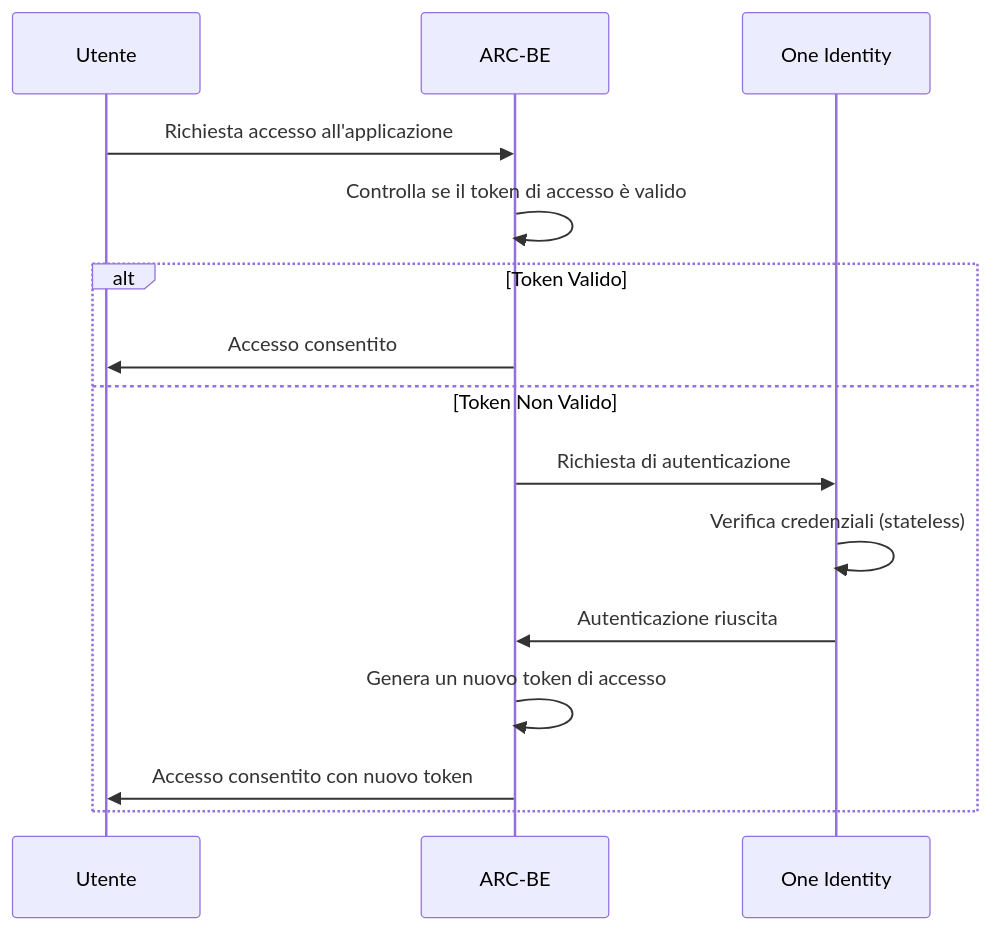
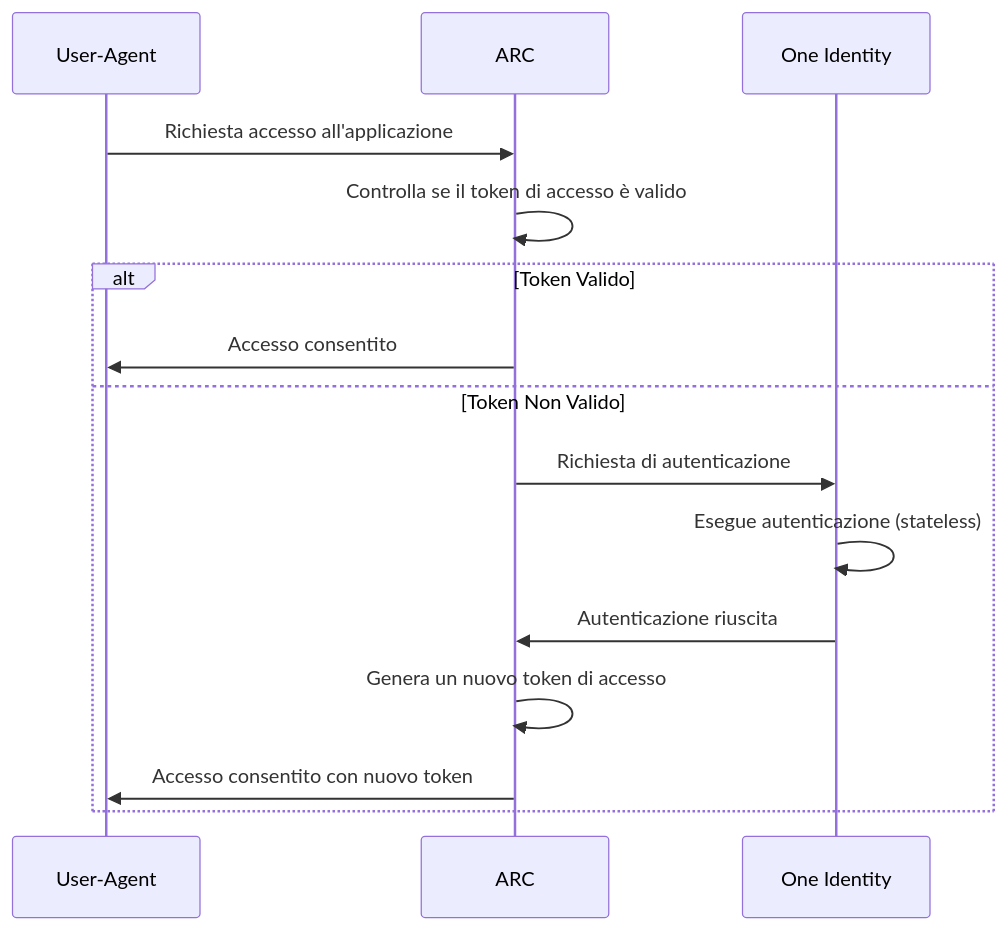
The diagram in design/arc/oneidentity-integration/sequence_diagram_system_characteristics.mmd (pagopa/p4pa-doc), drawn with Mermaid before and after one commit. The commit also changed 5 other files, not shown here.

Commit message:
P4PU-171 updated sequence with user agent as partecipant not actor

```diff
--- a/design/arc/oneidentity-integration/sequence_diagram_system_characteristics.mmd
+++ b/design/arc/oneidentity-integration/sequence_diagram_system_characteristics.mmd
@@ -1,16 +1,16 @@
 sequenceDiagram
-    participant Utente
-    participant ARC-BE
+    participant User-Agent
+    participant ARC
     participant OneIdentity as One Identity
 
-    Utente->>ARC-BE: Richiesta accesso all'applicazione
-    ARC-BE->>ARC-BE: Controlla se il token di accesso è valido
+    User-Agent->>ARC: Richiesta accesso all'applicazione
+    ARC->>ARC: Controlla se il token di accesso è valido
     alt Token Valido
-        ARC-BE->>Utente: Accesso consentito
+        ARC->>User-Agent: Accesso consentito
     else Token Non Valido
-        ARC-BE->>OneIdentity: Richiesta di autenticazione
-        OneIdentity->>OneIdentity: Verifica credenziali (stateless)
-        OneIdentity->>ARC-BE: Autenticazione riuscita
-        ARC-BE->>ARC-BE: Genera un nuovo token di accesso
-        ARC-BE->>Utente: Accesso consentito con nuovo token
+        ARC->>OneIdentity: Richiesta di autenticazione
+        OneIdentity->>OneIdentity: Esegue autenticazione (stateless)
+        OneIdentity->>ARC: Autenticazione riuscita
+        ARC->>ARC: Genera un nuovo token di accesso
+        ARC->>User-Agent: Accesso consentito con nuovo token
     end
```
